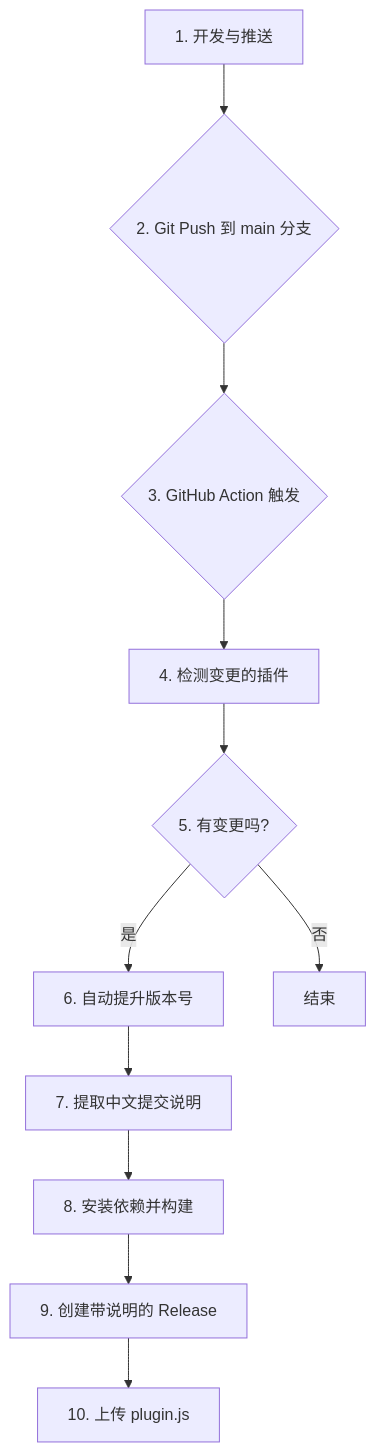
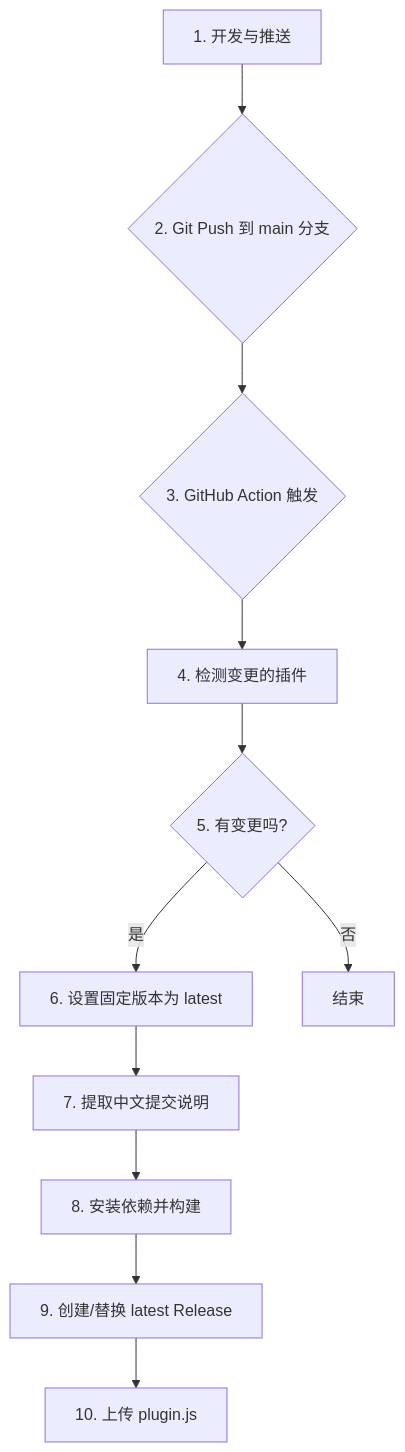
Before and after one commit to maxage/foxel-plus: the second of 2 diagrams in rules.md, drawn with Mermaid. The commit also changed other lines of this file and 4 other files, not shown here.

````diff
--- a/rules.md
+++ b/rules.md
@@ -459,13 +469,13 @@
 ```mermaid
 graph TD
     A[1. 开发与推送] --> B{2. Git Push 到 main 分支};
     B --> C{3. GitHub Action 触发};
     C --> D[4. 检测变更的插件];
     D --> E{5. 有变更吗?};
-    E -- 是 --> F[6. 自动提升版本号];
+    E -- 是 --> F[6. 设置固定版本为 latest];
     F --> G[7. 提取中文提交说明];
     G --> H[8. 安装依赖并构建];
-    H --> I[9. 创建带说明的 Release];
+    H --> I[9. 创建/替换 latest Release];
     I --> J[10. 上传 plugin.js];
     E -- 否 --> K[结束];
 ```
````
